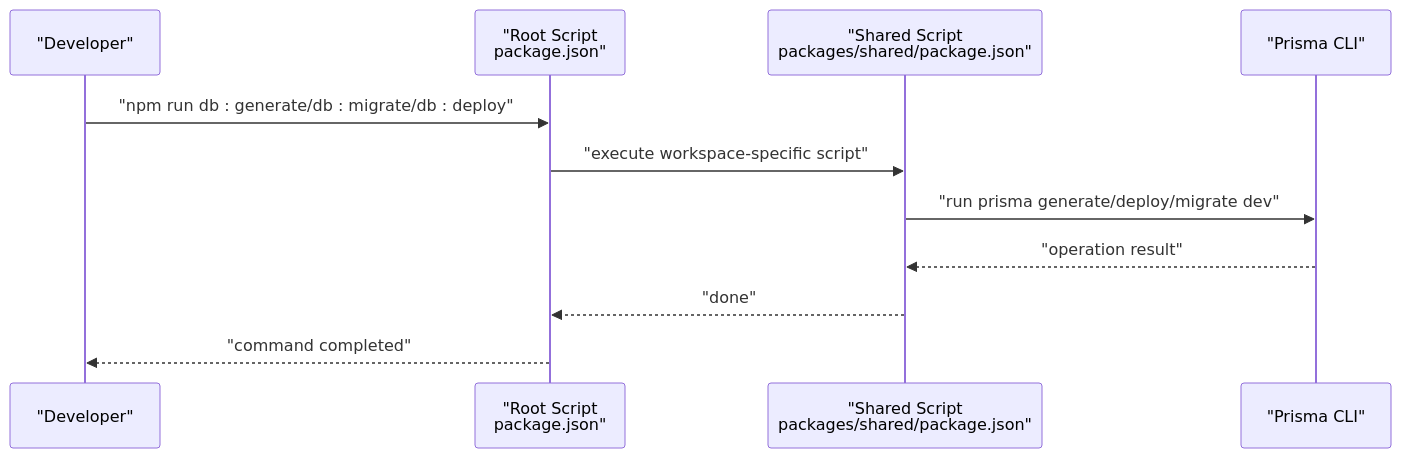
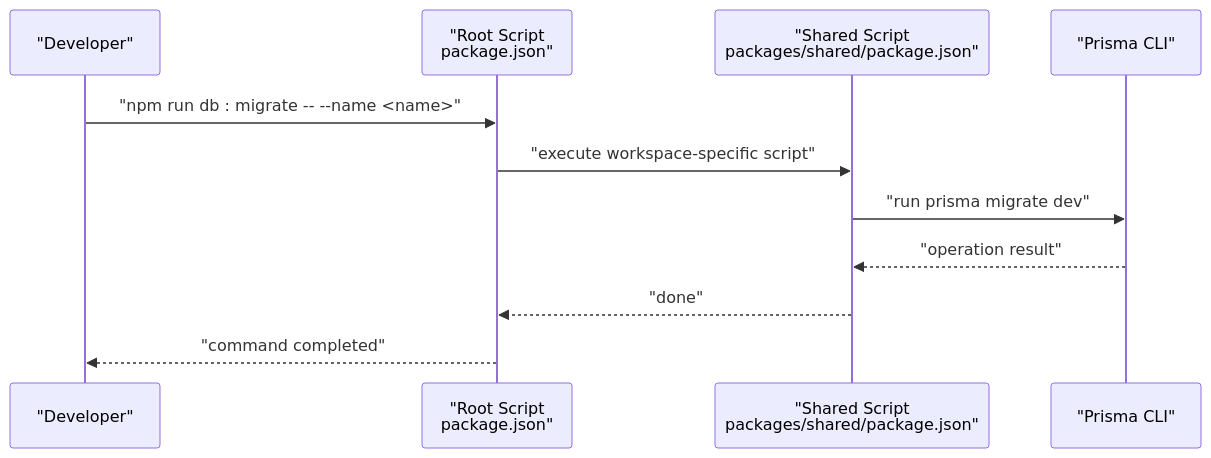
Before and after one commit to askchiwa-spec/FLOW-HQ-BOT: the fifth of 7 diagrams in .qoder/repowiki/en/content/Database Design/Migrations and Schema Evolution.md, drawn with Mermaid. The commit also changed other lines of this file and 38 other files, not shown here.

````diff
--- a/.qoder/repowiki/en/content/Database Design/Migrations and Schema Evolution.md
+++ b/.qoder/repowiki/en/content/Database Design/Migrations and Schema Evolution.md
@@ -244,13 +335,13 @@
 ```mermaid
 sequenceDiagram
 participant Dev as "Developer"
 participant Root as "Root Script<br/>package.json"
 participant Shared as "Shared Script<br/>packages/shared/package.json"
 participant Prisma as "Prisma CLI"
-Dev->>Root : "npm run db : generate/db : migrate/db : deploy"
+Dev->>Root : "npm run db : migrate -- --name <name>"
 Root->>Shared : "execute workspace-specific script"
-Shared->>Prisma : "run prisma generate/deploy/migrate dev"
+Shared->>Prisma : "run prisma migrate dev"
 Prisma-->>Shared : "operation result"
 Shared-->>Root : "done"
 Root-->>Dev : "command completed"
 ```
````
